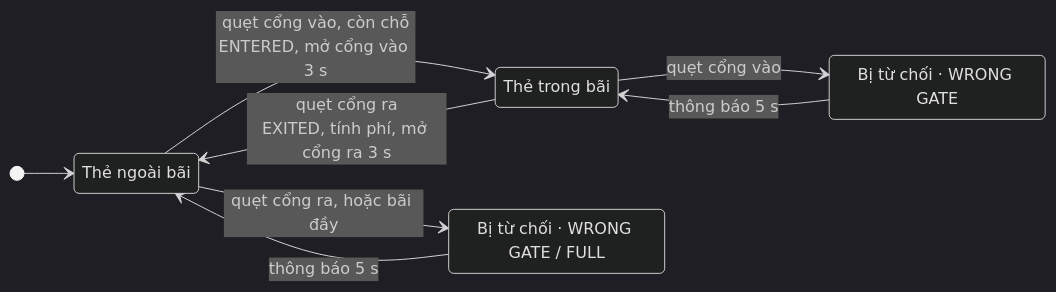
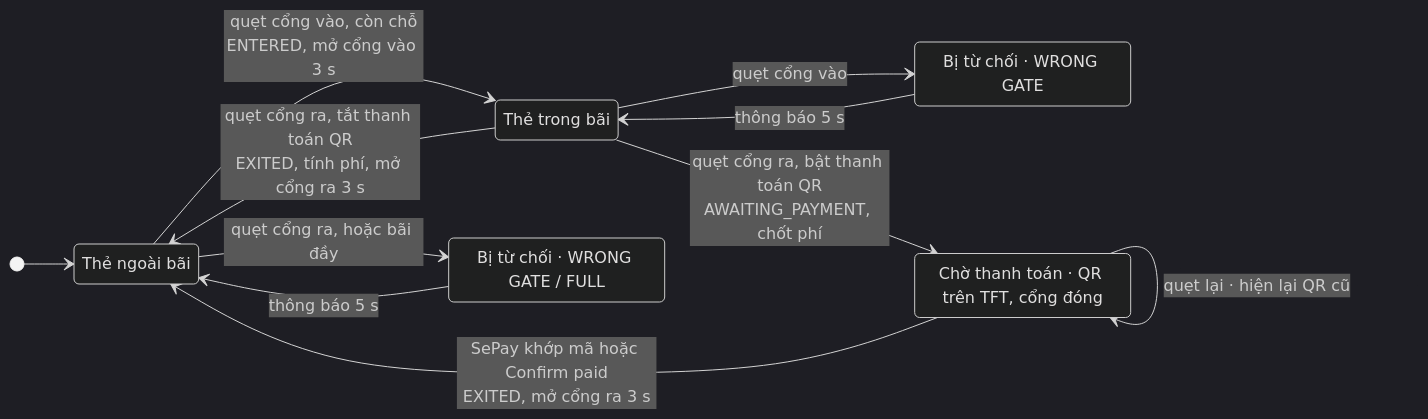
One commit to thinhdinh25/INT3108_embedded-Smart-Parking-Project changed the diagram in report/diagrams/fsm_card.mmd. Above: the diagram before and after it, drawn with Mermaid (dark theme). The commit also changed 54 other files, not shown here.

First line of the commit message:
Add VietQR payment via SePay; all boards join one shared Wi-Fi

```diff
--- a/report/diagrams/fsm_card.mmd
+++ b/report/diagrams/fsm_card.mmd
@@ -1,13 +1,17 @@
 stateDiagram-v2
   direction LR
   [*] --> Ngoai
   Ngoai: Thẻ ngoài bãi
   Trong: Thẻ trong bãi
   TC1: Bị từ chối · WRONG GATE / FULL
   TC2: Bị từ chối · WRONG GATE
+  Cho: Chờ thanh toán · QR trên TFT, cổng đóng
   Ngoai --> Trong: quẹt cổng vào, còn chỗ<br/>ENTERED, mở cổng vào 3 s
-  Trong --> Ngoai: quẹt cổng ra<br/>EXITED, tính phí, mở cổng ra 3 s
+  Trong --> Ngoai: quẹt cổng ra, tắt thanh toán QR<br/>EXITED, tính phí, mở cổng ra 3 s
+  Trong --> Cho: quẹt cổng ra, bật thanh toán QR<br/>AWAITING_PAYMENT, chốt phí
+  Cho --> Cho: quẹt lại · hiện lại QR cũ
+  Cho --> Ngoai: SePay khớp mã hoặc Confirm paid<br/>EXITED, mở cổng ra 3 s
   Ngoai --> TC1: quẹt cổng ra, hoặc bãi đầy
   TC1 --> Ngoai: thông báo 5 s
   Trong --> TC2: quẹt cổng vào
   TC2 --> Trong: thông báo 5 s
```
